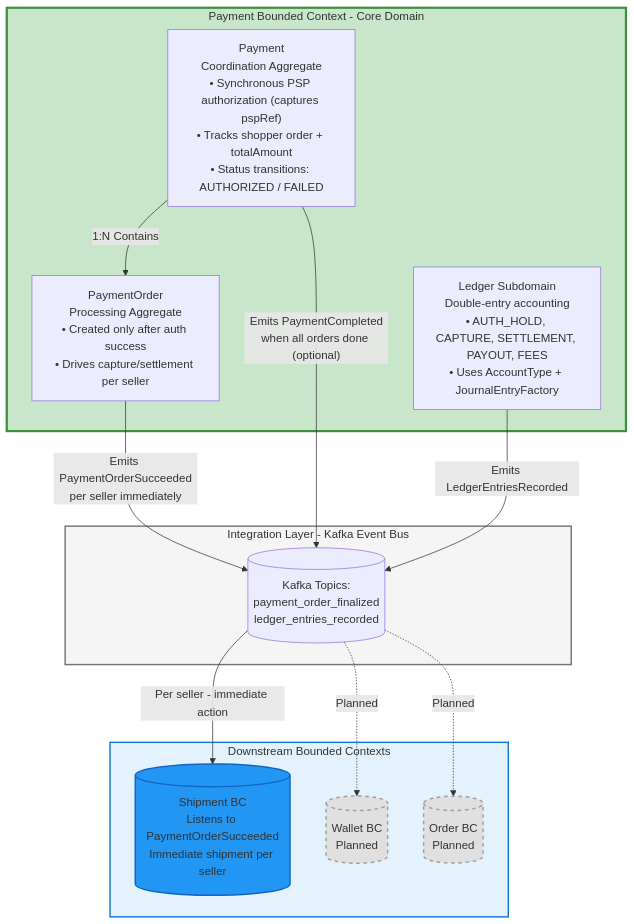
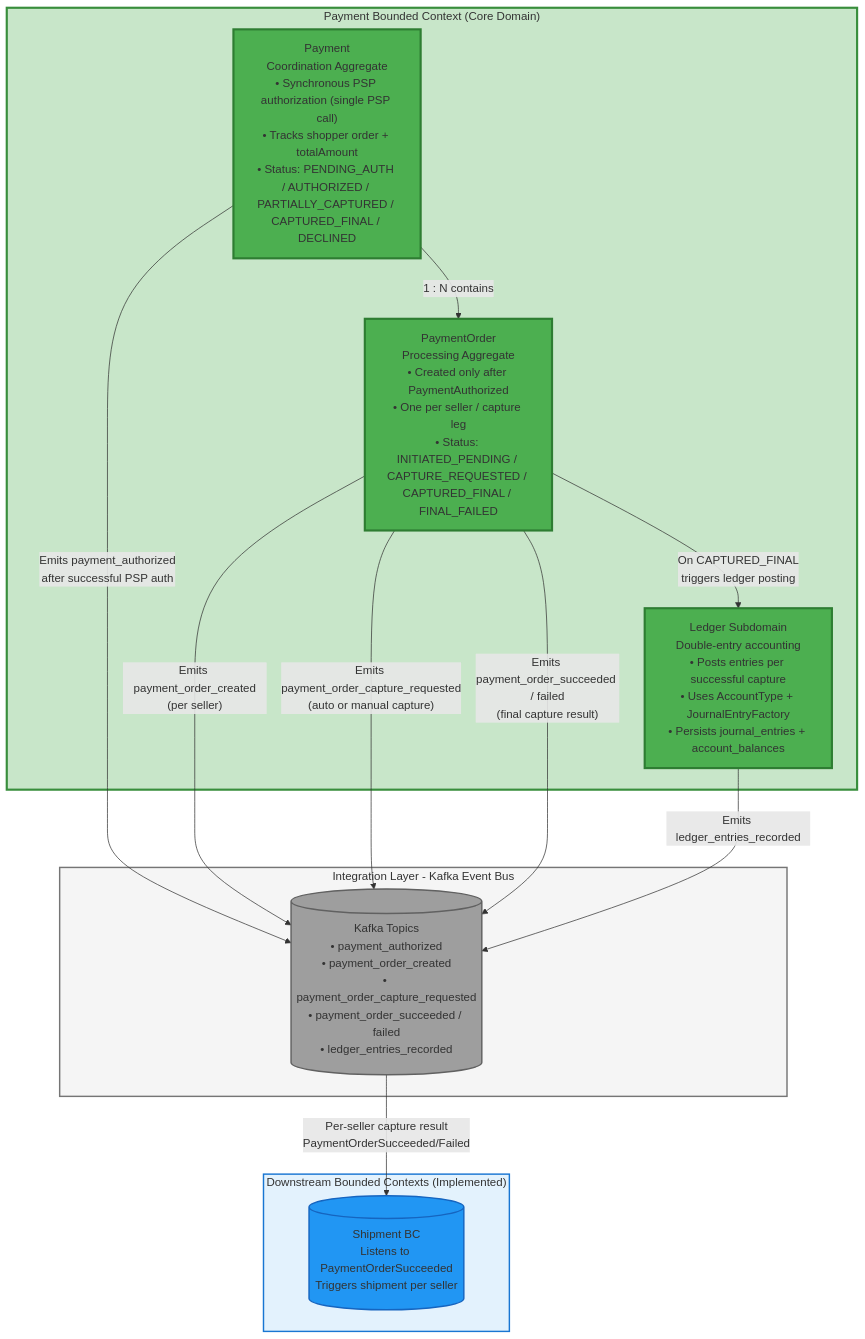
The second of 11 diagrams in docs/architecture-internal-reader.md (dcaglar/ecommerce-platform-kotlin), drawn with Mermaid before and after one commit. The commit also changed other lines of this file, not shown here.

````diff
--- a/docs/architecture-internal-reader.md
+++ b/docs/architecture-internal-reader.md
@@ -387,37 +89,42 @@
 ```mermaid
 %%{init:{'theme':'default','flowchart':{'nodeSpacing':50,'rankSpacing':60}}}%%
 flowchart TB
     classDef payment fill:#4CAF50,stroke:#2E7D32,stroke-width:3px;
     classDef downstream fill:#2196F3,stroke:#1565C0,stroke-width:2px;
     classDef infrastructure fill:#9E9E9E,stroke:#616161,stroke-width:2px;
-    classDef planned fill:#E0E0E0,stroke:#9E9E9E,stroke-width:2px,stroke-dasharray: 5 5;
-
-    subgraph Payment_BC["Payment Bounded Context - Core Domain"]
-        Payment_Agg["Payment<br/>Coordination Aggregate<br/>• Synchronous PSP authorization (captures pspRef)<br/>• Tracks shopper order + totalAmount<br/>• Status transitions: AUTHORIZED / FAILED"]
-        PaymentOrder_Agg["PaymentOrder<br/>Processing Aggregate<br/>• Created only after auth success<br/>• Drives capture/settlement per seller"]
-        Ledger_Subdomain["Ledger Subdomain<br/>Double-entry accounting<br/>• AUTH_HOLD, CAPTURE, SETTLEMENT, PAYOUT, FEES<br/>• Uses AccountType + JournalEntryFactory"]
+    
+    subgraph Payment_BC["Payment Bounded Context (Core Domain)"]
+        Payment_Agg["Payment<br/>Coordination Aggregate<br/>• Synchronous PSP authorization (single PSP call)<br/>• Tracks shopper order + totalAmount<br/>• Status: PENDING_AUTH / AUTHORIZED / PARTIALLY_CAPTURED / CAPTURED_FINAL / DECLINED"]:::payment
+        
+        PaymentOrder_Agg["PaymentOrder<br/>Processing Aggregate<br/>• Created only after PaymentAuthorized<br/>• One per seller / capture leg<br/>• Status: INITIATED_PENDING / CAPTURE_REQUESTED / CAPTURED_FINAL / FINAL_FAILED"]:::payment
+        
+        Ledger_Subdomain["Ledger Subdomain<br/>Double-entry accounting<br/>• Posts entries per successful capture<br/>• Uses AccountType + JournalEntryFactory<br/>• Persists journal_entries + account_balances"]:::payment
     end
 
     subgraph Integration["Integration Layer - Kafka Event Bus"]
-        KAFKA[("Kafka Topics:<br/>payment_order_finalized<br/>ledger_entries_recorded")]
+        KAFKA[("Kafka Topics<br/>• payment_authorized<br/>• payment_order_created<br/>• payment_order_capture_requested<br/>• payment_order_succeeded / failed<br/>• ledger_entries_recorded")]:::infrastructure
     end
 
-    subgraph Downstream_BCs["Downstream Bounded Contexts"]
-        Shipment_BC[("Shipment BC<br/>Listens to PaymentOrderSucceeded<br/>Immediate shipment per seller")]:::downstream
-        Wallet_BC[("Wallet BC<br/>Planned")]:::planned
-        Order_BC[("Order BC<br/>Planned")]:::planned
+    subgraph Downstream_BCs["Downstream Bounded Contexts (Implemented)"]
+        Shipment_BC[("Shipment BC<br/>Listens to PaymentOrderSucceeded<br/>Triggers shipment per seller")]:::downstream
     end
 
-    Payment_Agg -->|"1:N Contains"| PaymentOrder_Agg
-    PaymentOrder_Agg -->|"Emits PaymentOrderSucceeded<br/>per seller immediately"| KAFKA
-    Payment_Agg -->|"Emits PaymentCompleted<br/>when all orders done (optional)"| KAFKA
-    Ledger_Subdomain -->|"Emits LedgerEntriesRecorded"| KAFKA
+    %% Relationships inside Payment BC
+    Payment_Agg -->|"1 : N contains"| PaymentOrder_Agg
+    PaymentOrder_Agg -->|"On CAPTURED_FINAL<br/>triggers ledger posting"| Ledger_Subdomain
+
+    %% Events out of Payment BC
+    Payment_Agg -->|"Emits payment_authorized<br/>after successful PSP auth"| KAFKA
+    PaymentOrder_Agg -->|"Emits payment_order_created<br/>(per seller)"| KAFKA
+    PaymentOrder_Agg -->|"Emits payment_order_capture_requested<br/>(auto or manual capture)"| KAFKA
+    PaymentOrder_Agg -->|"Emits payment_order_succeeded / failed<br/>(final capture result)"| KAFKA
+    Ledger_Subdomain -->|"Emits ledger_entries_recorded"| KAFKA
     
-    KAFKA -->|"Per seller - immediate action"| Shipment_BC
-    KAFKA -.->|"Planned"| Wallet_BC
-    KAFKA -.->|"Planned"| Order_BC
+    %% Downstream consumption
+    KAFKA -->|"Per-seller capture result<br/>PaymentOrderSucceeded/Failed"| Shipment_BC
 
+    %% Styling
     style Payment_BC fill:#C8E6C9,stroke:#388E3C,stroke-width:3px
     style Integration fill:#F5F5F5,stroke:#757575,stroke-width:2px
     style Downstream_BCs fill:#E3F2FD,stroke:#1976D2,stroke-width:2px
 ```
````
